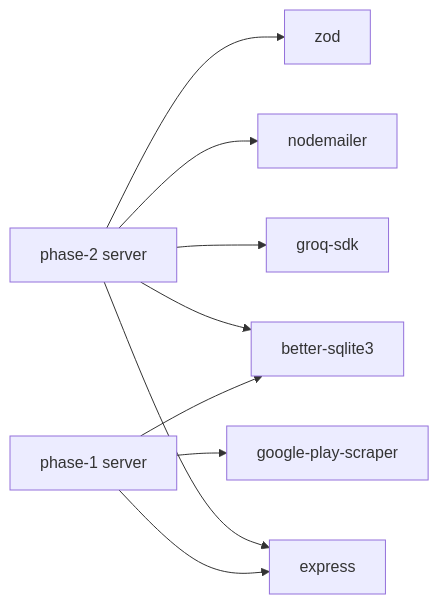
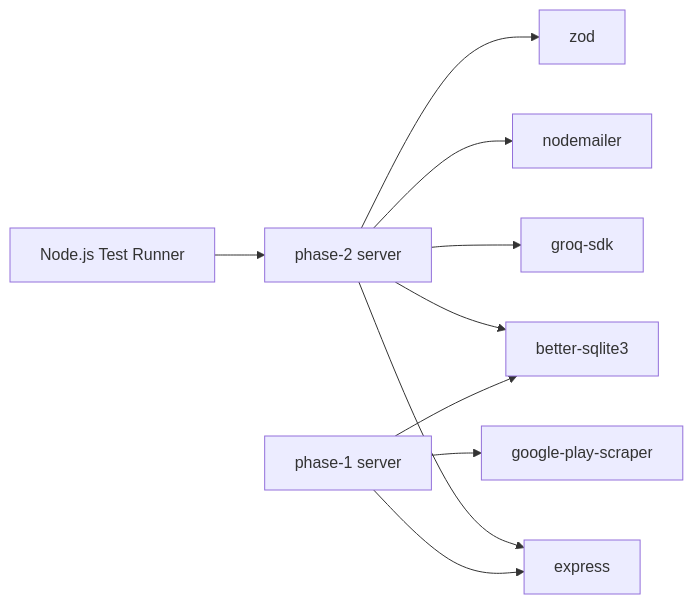
The fifth of 5 diagrams in .qoder/repowiki/en/content/Deployment & Operations.md (aravinthraj-ramalingam/Groww-App-Review-Insights-Analyzer-), drawn with Mermaid before and after one commit. The commit also changed other lines of this file and 11 other files, not shown here.

````diff
--- a/.qoder/repowiki/en/content/Deployment & Operations.md
+++ b/.qoder/repowiki/en/content/Deployment & Operations.md
@@ -326,11 +362,12 @@
 ```mermaid
 graph LR
 P2Server["phase-2 server"] --> Express["express"]
 P2Server --> DB["better-sqlite3"]
 P2Server --> Groq["groq-sdk"]
 P2Server --> Nodemailer["nodemailer"]
 P2Server --> Zod["zod"]
 P1Server["phase-1 server"] --> Express
 P1Server --> DB
 P1Server --> GPS["google-play-scraper"]
+TESTS["Node.js Test Runner"] --> P2Server
 ```
````
